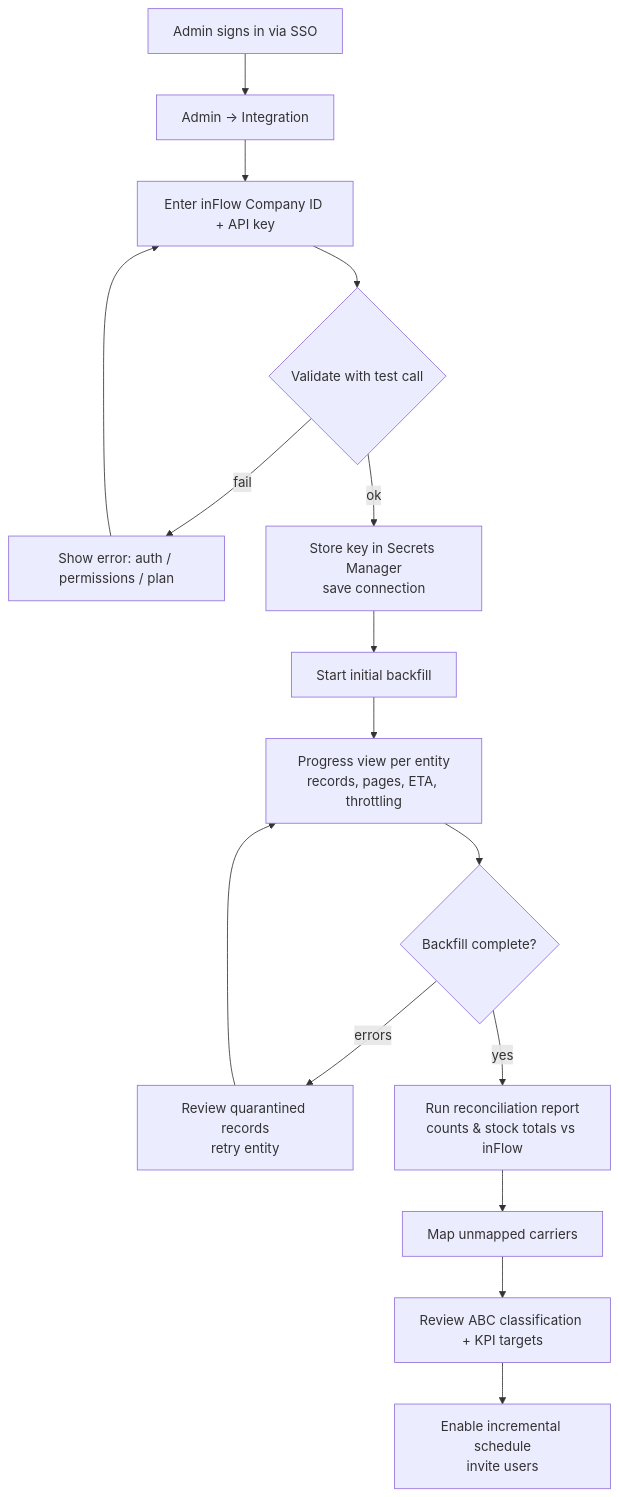
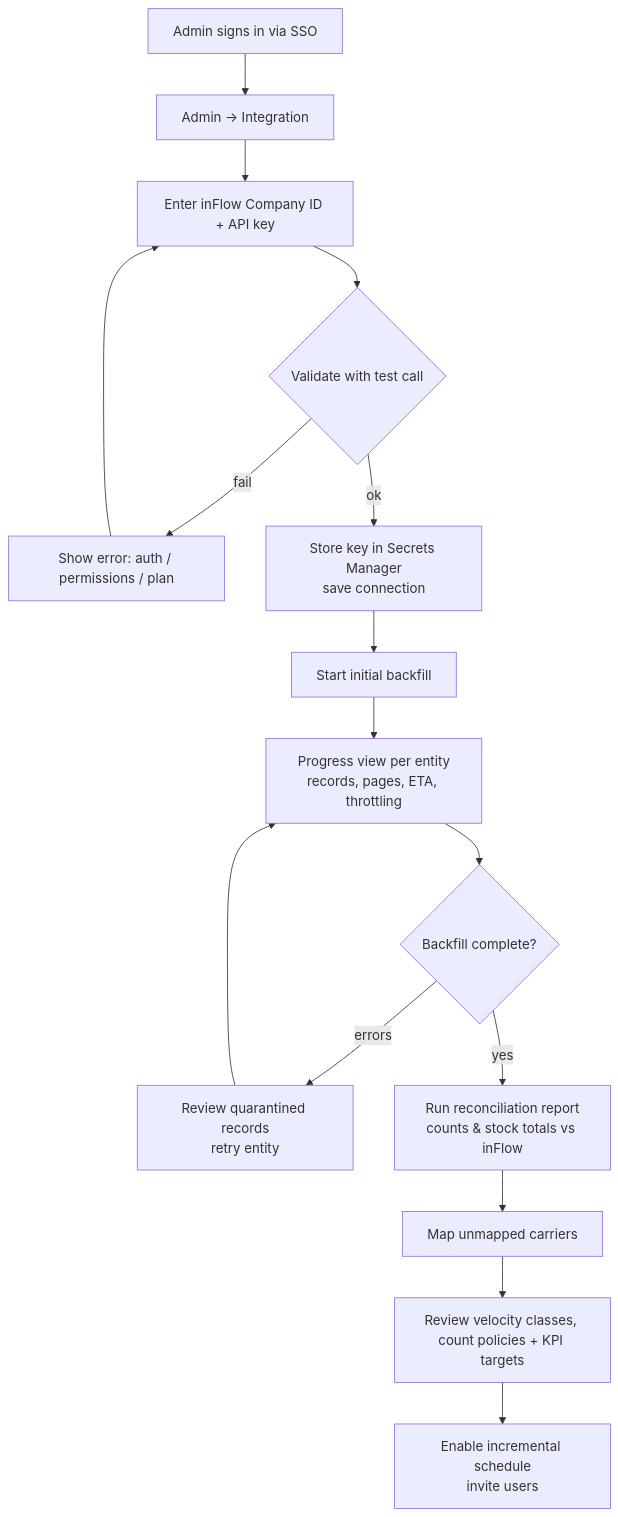
One commit to mdonaldson-prog/Dashboard changed the sixth of 12 diagrams in docs/SYSTEM_DESIGN.md. Above: the diagram before and after it, drawn with Mermaid. The commit also changed other lines of this file, not shown here.

First line of the commit message:
Narrow cycle counts to velocity-based scheduling only

````diff
--- a/docs/SYSTEM_DESIGN.md
+++ b/docs/SYSTEM_DESIGN.md
@@ -956,16 +960,16 @@
 ```mermaid
 flowchart TD
     A[Admin signs in via SSO] --> B[Admin → Integration]
     B --> C[Enter inFlow Company ID + API key]
     C --> D{Validate with test call}
     D -- fail --> C1[Show error: auth / permissions / plan] --> C
     D -- ok --> E[Store key in Secrets Manager<br/>save connection]
     E --> F[Start initial backfill]
     F --> G[Progress view per entity<br/>records, pages, ETA, throttling]
     G --> H{Backfill complete?}
     H -- errors --> I[Review quarantined records<br/>retry entity] --> G
     H -- yes --> J[Run reconciliation report<br/>counts & stock totals vs inFlow]
     J --> K[Map unmapped carriers]
-    K --> L[Review ABC classification + KPI targets]
+    K --> L[Review velocity classes, count policies + KPI targets]
     L --> M[Enable incremental schedule<br/>invite users]
 ```
````
